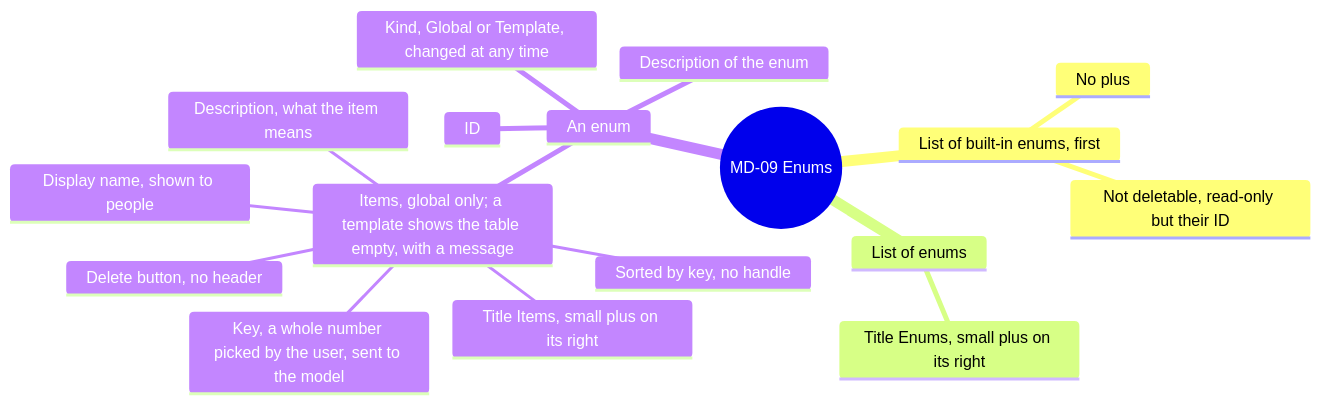
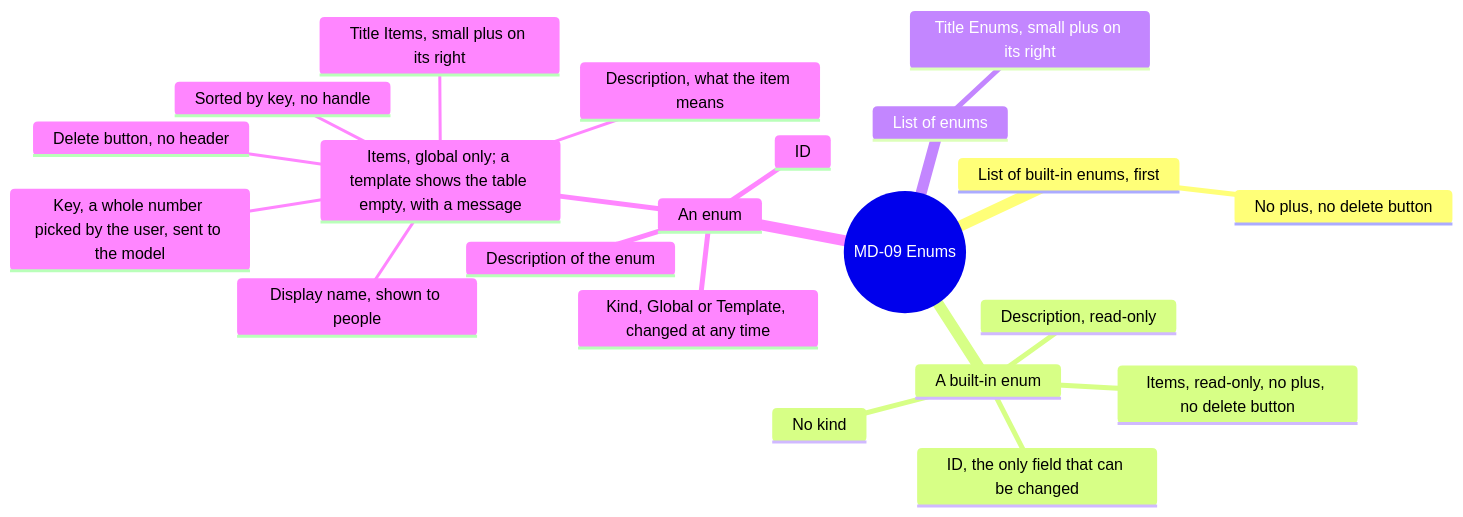
One commit to AlexandreGallais/synoptic-studio-spec changed diagram 15 of 16 in screens/metadata.md. Above: the diagram before and after it, drawn with Mermaid. The commit also changed other lines of this file and 5 other files, not shown here.

First line of the commit message:
docs(pipes): give junctions the pipe's border and show built-in enums read-only

````diff
--- a/screens/metadata.md
+++ b/screens/metadata.md
@@ -517,20 +517,24 @@
 ```mermaid
 mindmap
   root((MD-09 Enums))
     List of built-in enums, first
-      No plus
-      Not deletable, read-only but their ID
+      No plus, no delete button
+    A built-in enum
+      ID, the only field that can be changed
+      No kind
+      Description, read-only
+      Items, read-only, no plus, no delete button
     List of enums
       Title Enums, small plus on its right
     An enum
       ID
       Kind, Global or Template, changed at any time
       Description of the enum
       Items, global only; a template shows the table empty, with a message
         Title Items, small plus on its right
         Key, a whole number picked by the user, sent to the model
         Display name, shown to people
         Description, what the item means
         Delete button, no header
         Sorted by key, no handle
 ```
````
